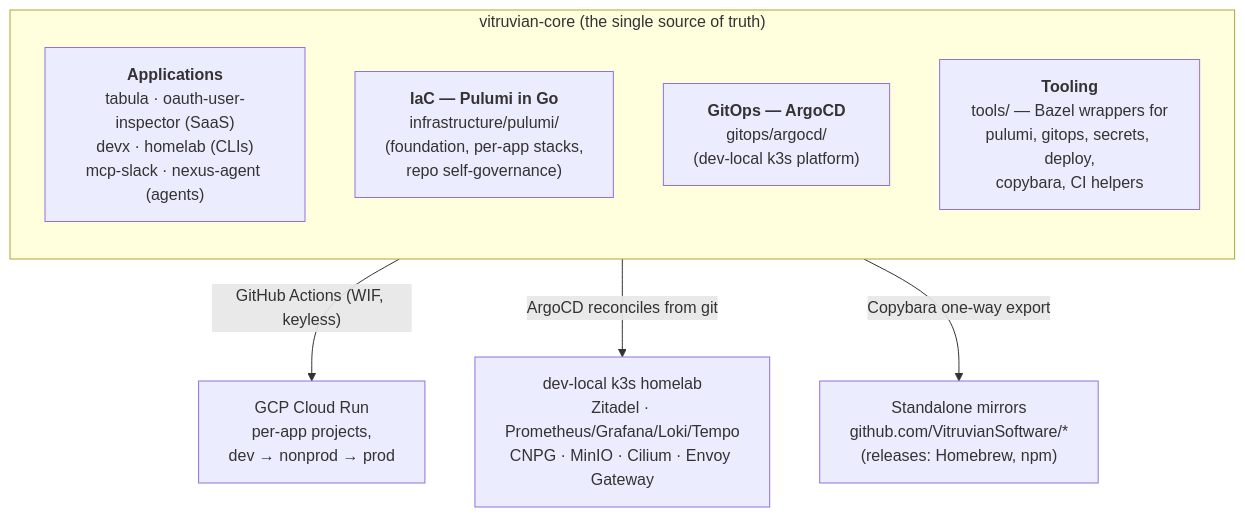
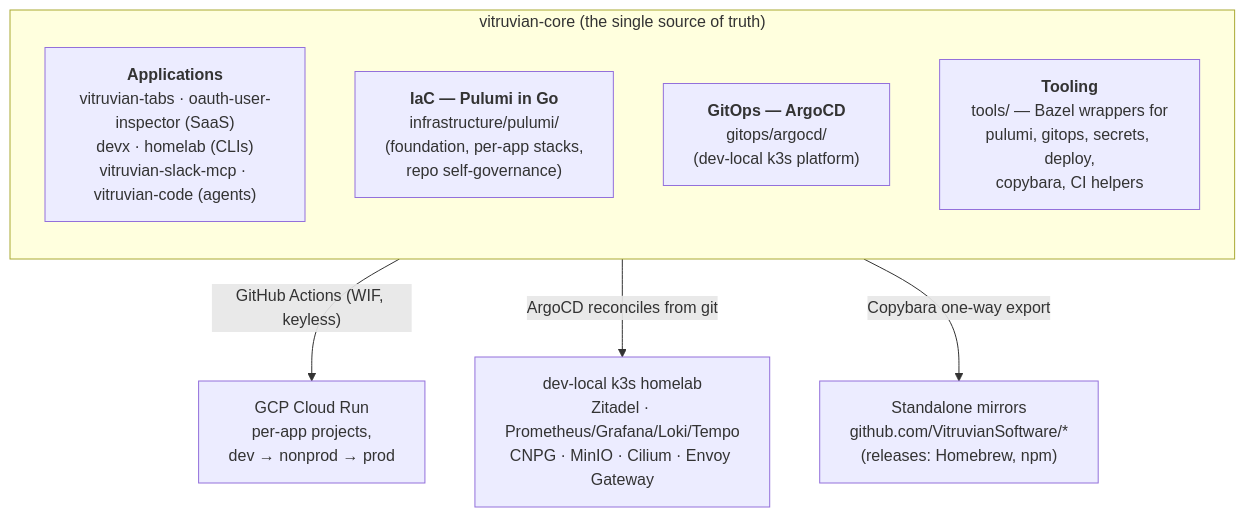
One commit to VitruvianSoftware/vitruvian-core changed the diagram in docs/README.md. Above: the diagram before and after it, drawn with Mermaid. The commit also changed other lines of this file and 7562 other files, not shown here.

````diff
--- a/docs/README.md
+++ b/docs/README.md
@@ -25,14 +25,14 @@
 ```mermaid
 flowchart TB
     subgraph repo["vitruvian-core (the single source of truth)"]
         direction TB
-        apps["<b>Applications</b><br/>tabula · oauth-user-inspector (SaaS)<br/>devx · homelab (CLIs)<br/>mcp-slack · nexus-agent (agents)"]
+        apps["<b>Applications</b><br/>vitruvian-tabs · oauth-user-inspector (SaaS)<br/>devx · homelab (CLIs)<br/>vitruvian-slack-mcp · vitruvian-code (agents)"]
         iac["<b>IaC — Pulumi in Go</b><br/>infrastructure/pulumi/<br/>(foundation, per-app stacks,<br/>repo self-governance)"]
         gitops["<b>GitOps — ArgoCD</b><br/>gitops/argocd/<br/>(dev-local k3s platform)"]
         tools["<b>Tooling</b><br/>tools/ — Bazel wrappers for<br/>pulumi, gitops, secrets, deploy,<br/>copybara, CI helpers"]
     end
 
     repo -->|"GitHub Actions (WIF, keyless)"| gcp["GCP Cloud Run<br/>per-app projects,<br/>dev → nonprod → prod"]
     repo -->|"ArgoCD reconciles from git"| k3s["dev-local k3s homelab<br/>Zitadel · Prometheus/Grafana/Loki/Tempo<br/>CNPG · MinIO · Cilium · Envoy Gateway"]
     repo -->|"Copybara one-way export"| mirrors["Standalone mirrors<br/>github.com/VitruvianSoftware/*<br/>(releases: Homebrew, npm)"]
 ```
````
